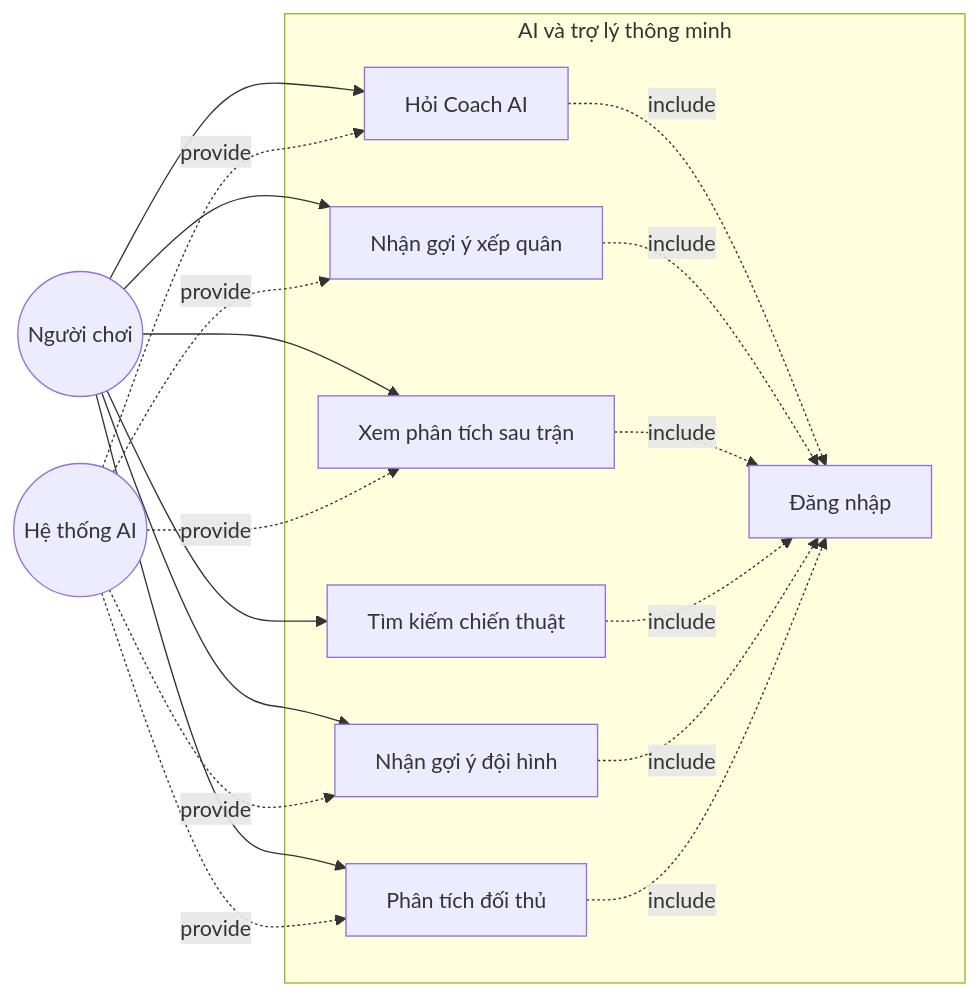
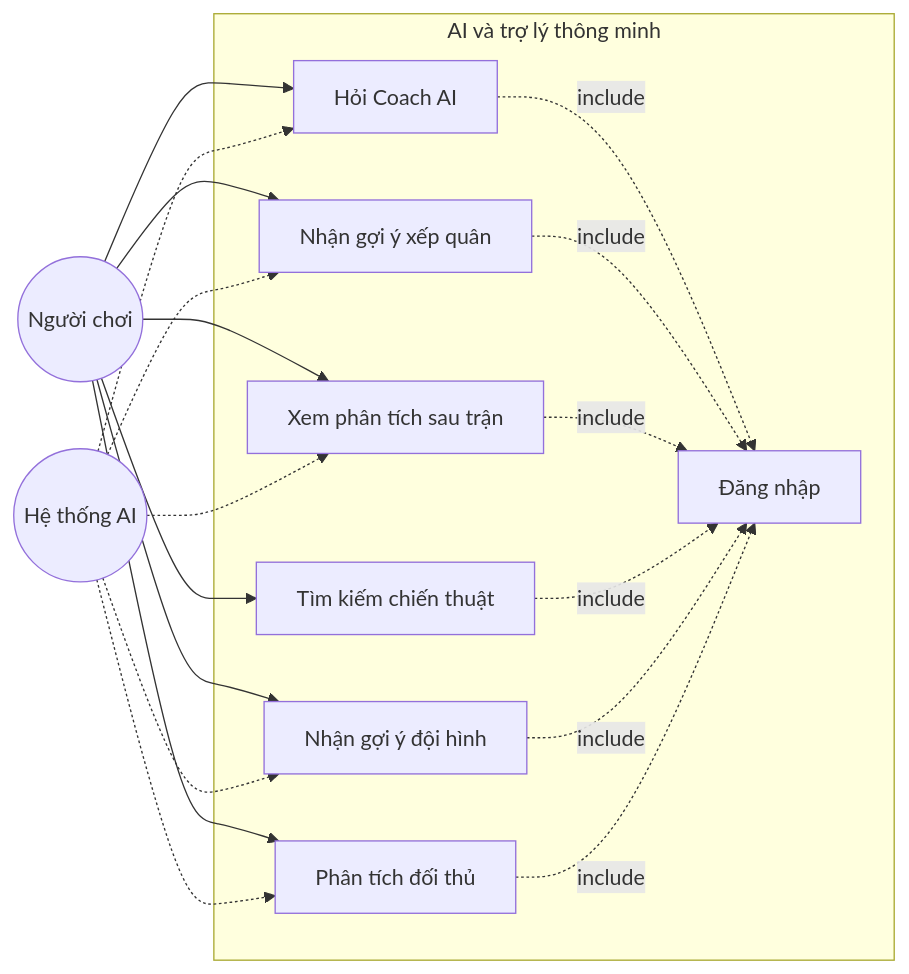
The sixth of 30 diagrams in docs/3.2-PHAN-TICH-THIET-KE-HE-THONG.md (HuyHoang091/creature-chess), drawn with Mermaid before and after one commit. The commit also changed other lines of this file and 6 other files, not shown here.

````diff
--- a/docs/3.2-PHAN-TICH-THIET-KE-HE-THONG.md
+++ b/docs/3.2-PHAN-TICH-THIET-KE-HE-THONG.md
@@ -305,35 +304,35 @@
 ```mermaid
 graph LR
     Player((Người chơi))
     AISystem((Hệ thống AI))
 
     subgraph "AI và trợ lý thông minh"
         UC1[Hỏi Coach AI]
         UC2[Nhận gợi ý xếp quân]
         UC3[Xem phân tích sau trận]
         UC4[Tìm kiếm chiến thuật]
         UC5[Nhận gợi ý đội hình]
         UC6[Phân tích đối thủ]
         UC7[Đăng nhập]
     end
 
     Player --> UC1
     Player --> UC2
     Player --> UC3
     Player --> UC4
     Player --> UC5
     Player --> UC6
 
-    AISystem -.provide.-> UC1
-    AISystem -.provide.-> UC2
-    AISystem -.provide.-> UC3
-    AISystem -.provide.-> UC5
-    AISystem -.provide.-> UC6
+    AISystem -.-> UC1
+    AISystem -.-> UC2
+    AISystem -.-> UC3
+    AISystem -.-> UC5
+    AISystem -.-> UC6
 
     UC1 -.include.-> UC7
     UC2 -.include.-> UC7
     UC3 -.include.-> UC7
     UC4 -.include.-> UC7
     UC5 -.include.-> UC7
     UC6 -.include.-> UC7
 ```
````
